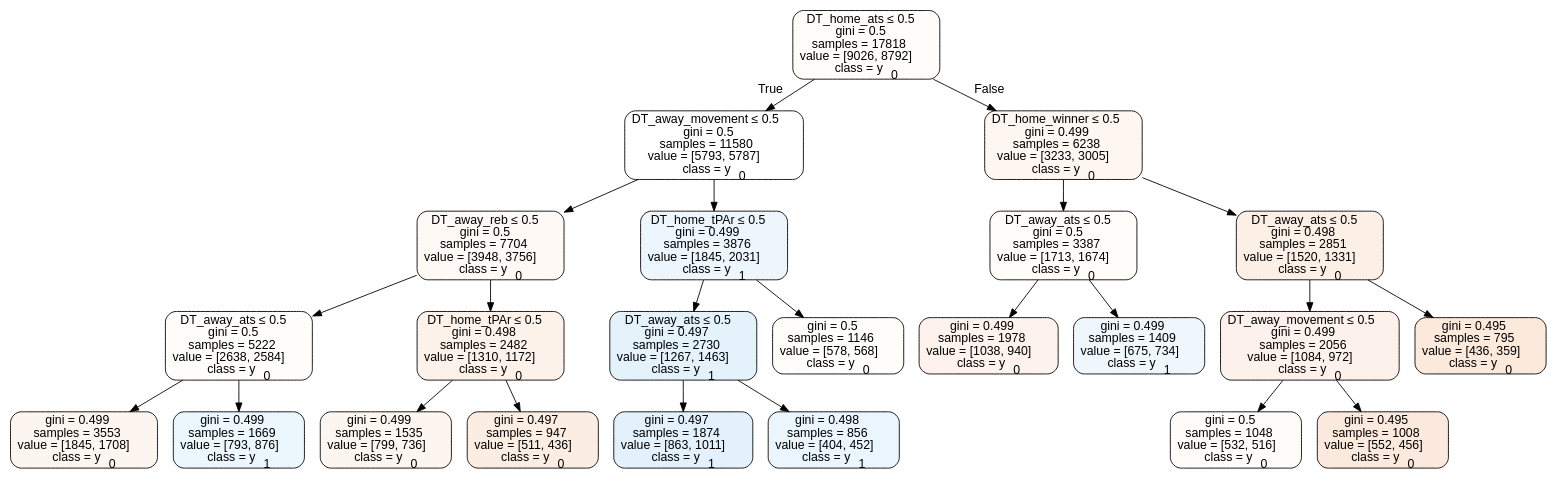
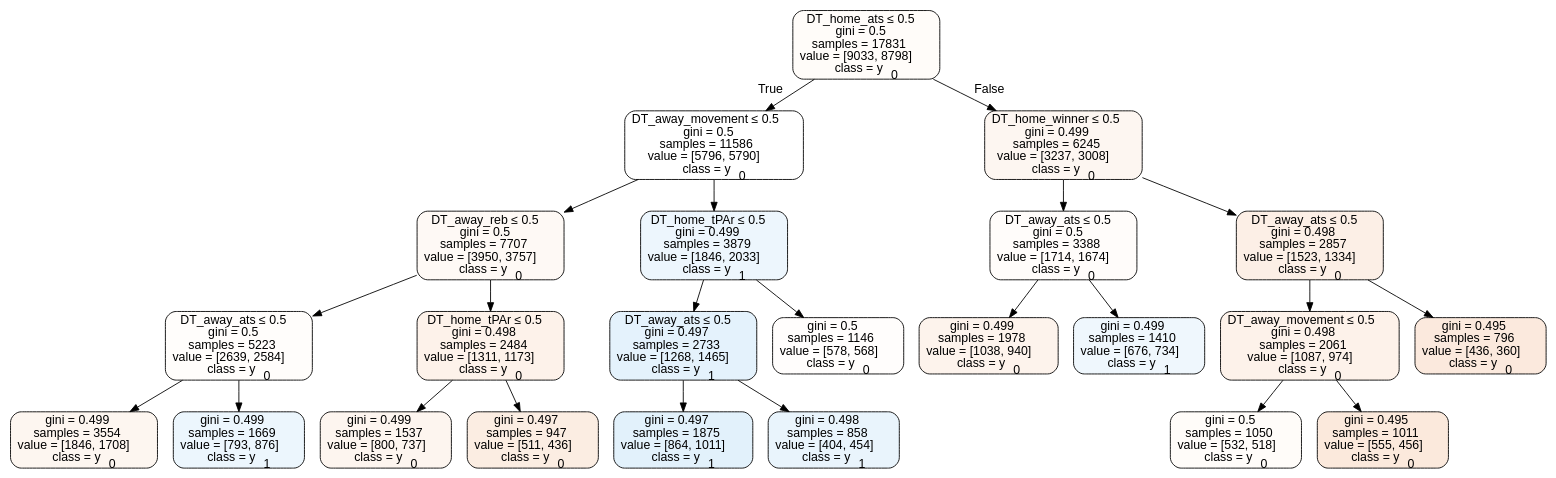
The diagram in Basketball/data/trees/tree2011home.dot (usbogie/ncaa-bets), drawn with Graphviz before and after one commit. The commit also changed 9 other files, not shown here.

```diff
--- a/Basketball/data/trees/tree2011home.dot
+++ b/Basketball/data/trees/tree2011home.dot
@@ -1,49 +1,49 @@
 digraph Tree {
 node [shape=box, style="filled, rounded", color="black", fontname=helvetica] ;
 edge [fontname=helvetica] ;
-0 [label=<DT_home_ats &le; 0.5<br/>gini = 0.5<br/>samples = 17818<br/>value = [9026, 8792]<br/>class = y<SUB>0</SUB>>, fillcolor="#e5813907"] ;
-1 [label=<DT_away_movement &le; 0.5<br/>gini = 0.5<br/>samples = 11580<br/>value = [5793, 5787]<br/>class = y<SUB>0</SUB>>, fillcolor="#e5813900"] ;
+0 [label=<DT_home_ats &le; 0.5<br/>gini = 0.5<br/>samples = 17831<br/>value = [9033, 8798]<br/>class = y<SUB>0</SUB>>, fillcolor="#e5813907"] ;
+1 [label=<DT_away_movement &le; 0.5<br/>gini = 0.5<br/>samples = 11586<br/>value = [5796, 5790]<br/>class = y<SUB>0</SUB>>, fillcolor="#e5813900"] ;
 0 -> 1 [labeldistance=2.5, labelangle=45, headlabel="True"] ;
-2 [label=<DT_away_reb &le; 0.5<br/>gini = 0.5<br/>samples = 7704<br/>value = [3948, 3756]<br/>class = y<SUB>0</SUB>>, fillcolor="#e581390c"] ;
+2 [label=<DT_away_reb &le; 0.5<br/>gini = 0.5<br/>samples = 7707<br/>value = [3950, 3757]<br/>class = y<SUB>0</SUB>>, fillcolor="#e581390c"] ;
 1 -> 2 ;
-3 [label=<DT_away_ats &le; 0.5<br/>gini = 0.5<br/>samples = 5222<br/>value = [2638, 2584]<br/>class = y<SUB>0</SUB>>, fillcolor="#e5813905"] ;
+3 [label=<DT_away_ats &le; 0.5<br/>gini = 0.5<br/>samples = 5223<br/>value = [2639, 2584]<br/>class = y<SUB>0</SUB>>, fillcolor="#e5813905"] ;
 2 -> 3 ;
-4 [label=<gini = 0.499<br/>samples = 3553<br/>value = [1845, 1708]<br/>class = y<SUB>0</SUB>>, fillcolor="#e5813913"] ;
+4 [label=<gini = 0.499<br/>samples = 3554<br/>value = [1846, 1708]<br/>class = y<SUB>0</SUB>>, fillcolor="#e5813913"] ;
 3 -> 4 ;
 5 [label=<gini = 0.499<br/>samples = 1669<br/>value = [793, 876]<br/>class = y<SUB>1</SUB>>, fillcolor="#399de518"] ;
 3 -> 5 ;
-6 [label=<DT_home_tPAr &le; 0.5<br/>gini = 0.498<br/>samples = 2482<br/>value = [1310, 1172]<br/>class = y<SUB>0</SUB>>, fillcolor="#e581391b"] ;
+6 [label=<DT_home_tPAr &le; 0.5<br/>gini = 0.498<br/>samples = 2484<br/>value = [1311, 1173]<br/>class = y<SUB>0</SUB>>, fillcolor="#e581391b"] ;
 2 -> 6 ;
-7 [label=<gini = 0.499<br/>samples = 1535<br/>value = [799, 736]<br/>class = y<SUB>0</SUB>>, fillcolor="#e5813914"] ;
+7 [label=<gini = 0.499<br/>samples = 1537<br/>value = [800, 737]<br/>class = y<SUB>0</SUB>>, fillcolor="#e5813914"] ;
 6 -> 7 ;
 8 [label=<gini = 0.497<br/>samples = 947<br/>value = [511, 436]<br/>class = y<SUB>0</SUB>>, fillcolor="#e5813925"] ;
 6 -> 8 ;
-9 [label=<DT_home_tPAr &le; 0.5<br/>gini = 0.499<br/>samples = 3876<br/>value = [1845, 2031]<br/>class = y<SUB>1</SUB>>, fillcolor="#399de517"] ;
+9 [label=<DT_home_tPAr &le; 0.5<br/>gini = 0.499<br/>samples = 3879<br/>value = [1846, 2033]<br/>class = y<SUB>1</SUB>>, fillcolor="#399de517"] ;
 1 -> 9 ;
-10 [label=<DT_away_ats &le; 0.5<br/>gini = 0.497<br/>samples = 2730<br/>value = [1267, 1463]<br/>class = y<SUB>1</SUB>>, fillcolor="#399de522"] ;
+10 [label=<DT_away_ats &le; 0.5<br/>gini = 0.497<br/>samples = 2733<br/>value = [1268, 1465]<br/>class = y<SUB>1</SUB>>, fillcolor="#399de522"] ;
 9 -> 10 ;
-11 [label=<gini = 0.497<br/>samples = 1874<br/>value = [863, 1011]<br/>class = y<SUB>1</SUB>>, fillcolor="#399de525"] ;
+11 [label=<gini = 0.497<br/>samples = 1875<br/>value = [864, 1011]<br/>class = y<SUB>1</SUB>>, fillcolor="#399de525"] ;
 10 -> 11 ;
-12 [label=<gini = 0.498<br/>samples = 856<br/>value = [404, 452]<br/>class = y<SUB>1</SUB>>, fillcolor="#399de51b"] ;
+12 [label=<gini = 0.498<br/>samples = 858<br/>value = [404, 454]<br/>class = y<SUB>1</SUB>>, fillcolor="#399de51c"] ;
 10 -> 12 ;
 13 [label=<gini = 0.5<br/>samples = 1146<br/>value = [578, 568]<br/>class = y<SUB>0</SUB>>, fillcolor="#e5813904"] ;
 9 -> 13 ;
-14 [label=<DT_home_winner &le; 0.5<br/>gini = 0.499<br/>samples = 6238<br/>value = [3233, 3005]<br/>class = y<SUB>0</SUB>>, fillcolor="#e5813912"] ;
+14 [label=<DT_home_winner &le; 0.5<br/>gini = 0.499<br/>samples = 6245<br/>value = [3237, 3008]<br/>class = y<SUB>0</SUB>>, fillcolor="#e5813912"] ;
 0 -> 14 [labeldistance=2.5, labelangle=-45, headlabel="False"] ;
-15 [label=<DT_away_ats &le; 0.5<br/>gini = 0.5<br/>samples = 3387<br/>value = [1713, 1674]<br/>class = y<SUB>0</SUB>>, fillcolor="#e5813906"] ;
+15 [label=<DT_away_ats &le; 0.5<br/>gini = 0.5<br/>samples = 3388<br/>value = [1714, 1674]<br/>class = y<SUB>0</SUB>>, fillcolor="#e5813906"] ;
 14 -> 15 ;
 16 [label=<gini = 0.499<br/>samples = 1978<br/>value = [1038, 940]<br/>class = y<SUB>0</SUB>>, fillcolor="#e5813918"] ;
 15 -> 16 ;
-17 [label=<gini = 0.499<br/>samples = 1409<br/>value = [675, 734]<br/>class = y<SUB>1</SUB>>, fillcolor="#399de514"] ;
+17 [label=<gini = 0.499<br/>samples = 1410<br/>value = [676, 734]<br/>class = y<SUB>1</SUB>>, fillcolor="#399de514"] ;
 15 -> 17 ;
-18 [label=<DT_away_ats &le; 0.5<br/>gini = 0.498<br/>samples = 2851<br/>value = [1520, 1331]<br/>class = y<SUB>0</SUB>>, fillcolor="#e5813920"] ;
+18 [label=<DT_away_ats &le; 0.5<br/>gini = 0.498<br/>samples = 2857<br/>value = [1523, 1334]<br/>class = y<SUB>0</SUB>>, fillcolor="#e5813920"] ;
 14 -> 18 ;
-19 [label=<DT_away_movement &le; 0.5<br/>gini = 0.499<br/>samples = 2056<br/>value = [1084, 972]<br/>class = y<SUB>0</SUB>>, fillcolor="#e581391a"] ;
+19 [label=<DT_away_movement &le; 0.5<br/>gini = 0.498<br/>samples = 2061<br/>value = [1087, 974]<br/>class = y<SUB>0</SUB>>, fillcolor="#e581391b"] ;
 18 -> 19 ;
-20 [label=<gini = 0.5<br/>samples = 1048<br/>value = [532, 516]<br/>class = y<SUB>0</SUB>>, fillcolor="#e5813908"] ;
+20 [label=<gini = 0.5<br/>samples = 1050<br/>value = [532, 518]<br/>class = y<SUB>0</SUB>>, fillcolor="#e5813907"] ;
 19 -> 20 ;
-21 [label=<gini = 0.495<br/>samples = 1008<br/>value = [552, 456]<br/>class = y<SUB>0</SUB>>, fillcolor="#e581392c"] ;
+21 [label=<gini = 0.495<br/>samples = 1011<br/>value = [555, 456]<br/>class = y<SUB>0</SUB>>, fillcolor="#e581392d"] ;
 19 -> 21 ;
-22 [label=<gini = 0.495<br/>samples = 795<br/>value = [436, 359]<br/>class = y<SUB>0</SUB>>, fillcolor="#e581392d"] ;
+22 [label=<gini = 0.495<br/>samples = 796<br/>value = [436, 360]<br/>class = y<SUB>0</SUB>>, fillcolor="#e581392c"] ;
 18 -> 22 ;
 }
```
